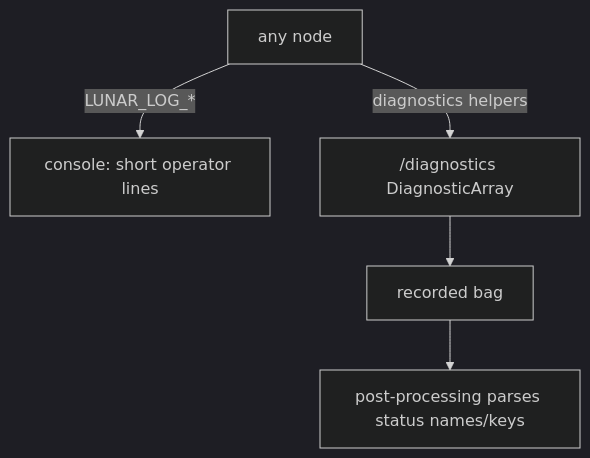
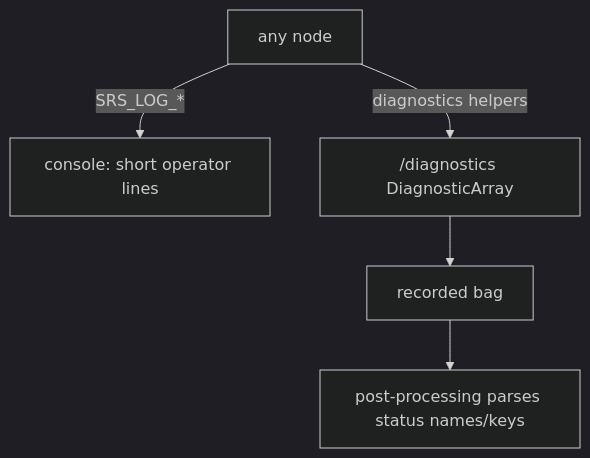
Before and after one commit to richarJ2002/lunar_simulator: the diagram in docs/modules/common/index.md, drawn with Mermaid (dark theme). The commit also changed other lines of this file and 151 other files, not shown here.

````diff
--- a/docs/modules/common/index.md
+++ b/docs/modules/common/index.md
@@ -46,7 +46,7 @@
 ```mermaid
 graph TD
-    node[any node] -->|LUNAR_LOG_*| console[console: short operator lines]
+    node[any node] -->|SRS_LOG_*| console[console: short operator lines]
     node -->|diagnostics helpers| diag["/diagnostics DiagnosticArray"]
     diag --> bag[recorded bag]
     bag --> pp[post-processing parses status names/keys]
 ```
````
